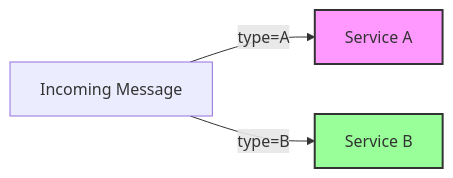
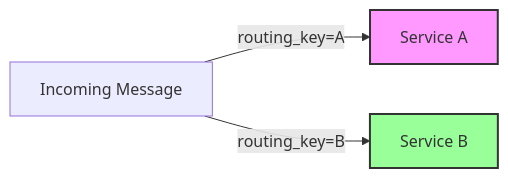
One commit to nbicocchi/learn-microservices changed the first of 8 diagrams in modules/communication-async/slides/1 - Async communication.md. Above: the diagram before and after it, drawn with Mermaid. The commit also changed other lines of this file and 4 other files, not shown here.

````diff
--- a/modules/communication-async/slides/1 - Async communication.md
+++ b/modules/communication-async/slides/1 - Async communication.md
@@ -148,9 +155,9 @@
 ```mermaid
 flowchart LR
-    M[Incoming Message] -->|type=A| S1[Service A]
-    M -->|type=B| S2[Service B]
+    M[Incoming Message] -->|routing_key=A| S1[Service A]
+    M -->|routing_key=B| S2[Service B]
 
 %% Optional: emphasize competition
     style S1 fill:#f9f,stroke:#333,stroke-width:2px
     style S2 fill:#9f9,stroke:#333,stroke-width:2px
 ```
````
